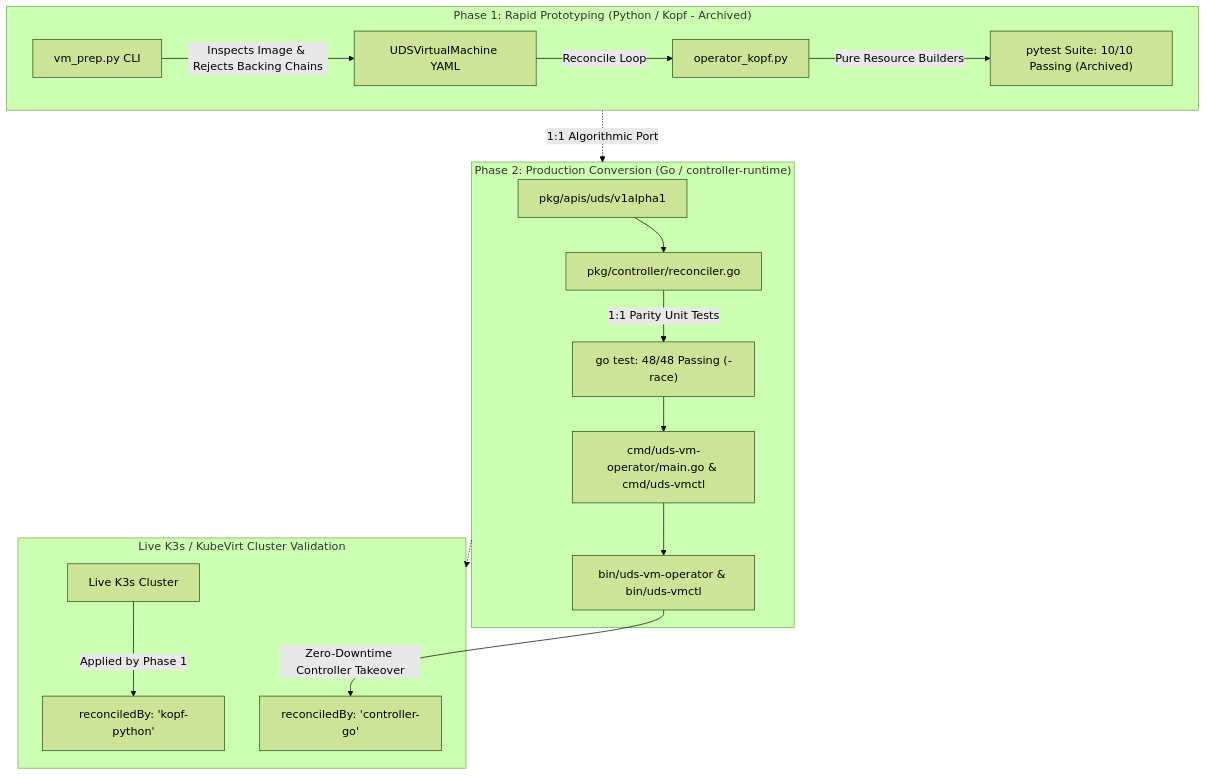
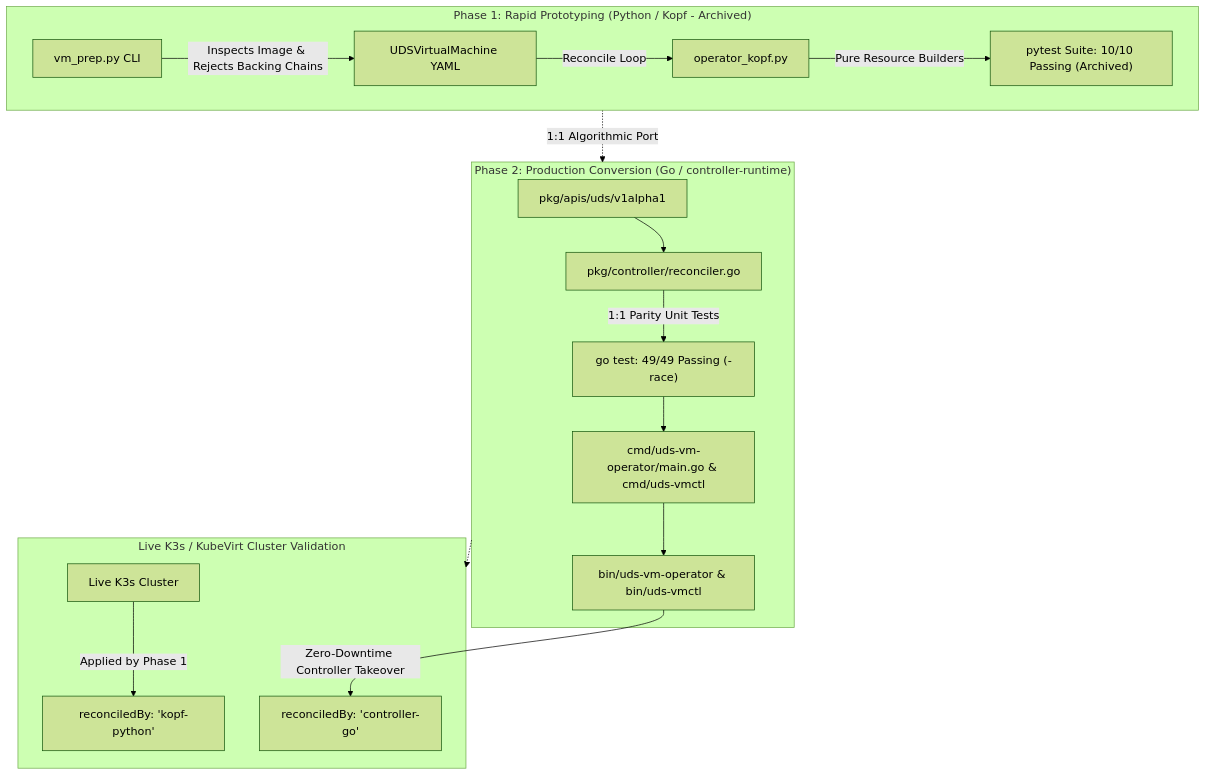
Before and after one commit to celttechie/uds-vm-operator: the diagram in README.md, drawn with Mermaid (forest theme). The commit also changed other lines of this file and 12 other files, not shown here.

````diff
--- a/README.md
+++ b/README.md
@@ -33,23 +33,23 @@
 ```mermaid
 flowchart TD
     subgraph Stage1["Phase 1: Rapid Prototyping (Python / Kopf - Archived)"]
         A[vm_prep.py CLI] -->|Inspects Image & Rejects Backing Chains| B[UDSVirtualMachine YAML]
         B -->|Reconcile Loop| C[operator_kopf.py]
         C -->|Pure Resource Builders| D["pytest Suite: 10/10 Passing (Archived)"]
     end
 
     subgraph Stage2["Phase 2: Production Conversion (Go / controller-runtime)"]
         E[pkg/apis/uds/v1alpha1] --> F[pkg/controller/reconciler.go]
-        F -->|1:1 Parity Unit Tests| G["go test: 48/48 Passing (-race)"]
+        F -->|1:1 Parity Unit Tests| G["go test: 49/49 Passing (-race)"]
         G --> H[cmd/uds-vm-operator/main.go & cmd/uds-vmctl]
         H --> I[bin/uds-vm-operator & bin/uds-vmctl]
     end
 
     subgraph LiveCluster["Live K3s / KubeVirt Cluster Validation"]
         J[Live K3s Cluster] -->|Applied by Phase 1| K[reconciledBy: 'kopf-python']
         I -->|Zero-Downtime Controller Takeover| L[reconciledBy: 'controller-go']
     end
 
     Stage1 -.->|1:1 Algorithmic Port| Stage2
     Stage2 -.-> LiveCluster
 ```
````
